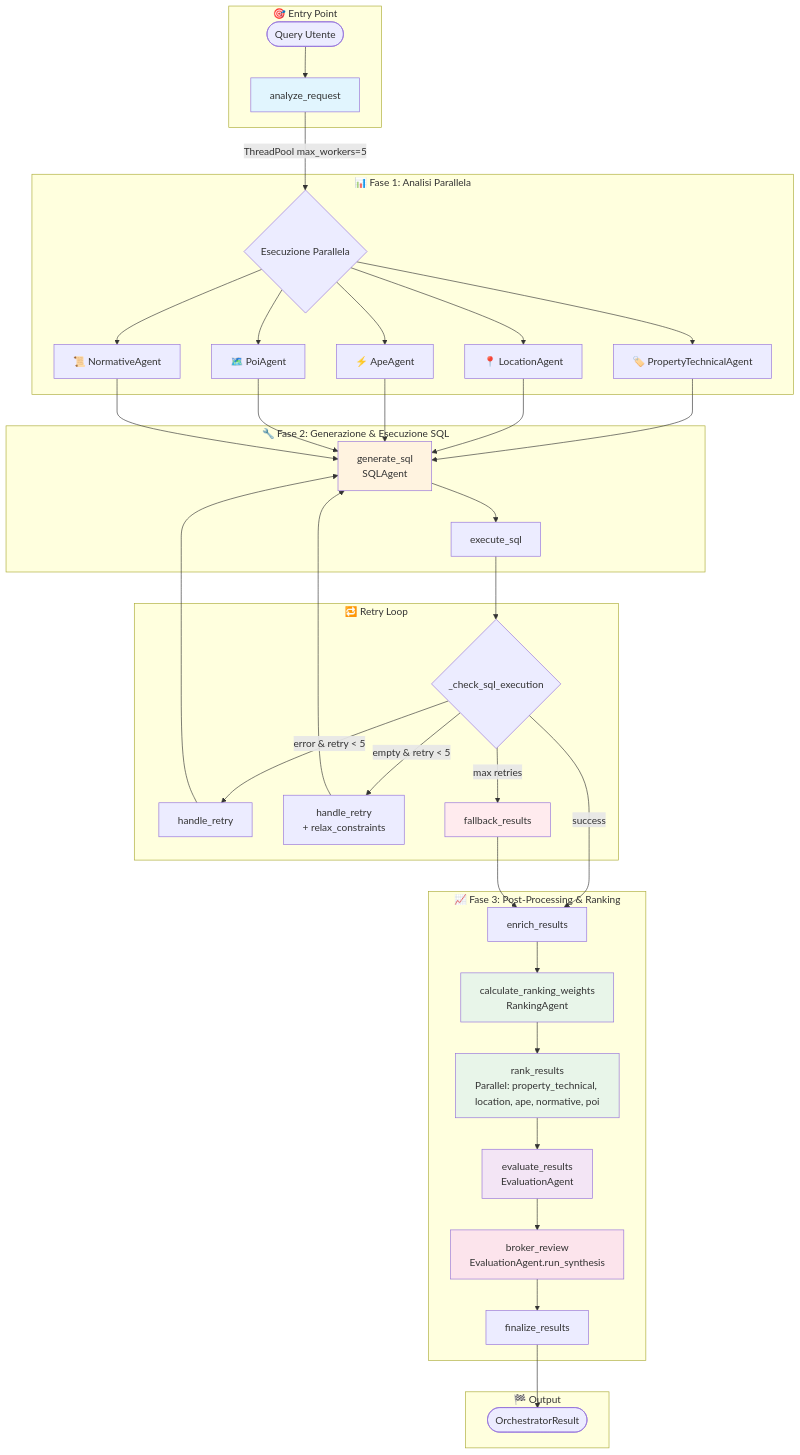
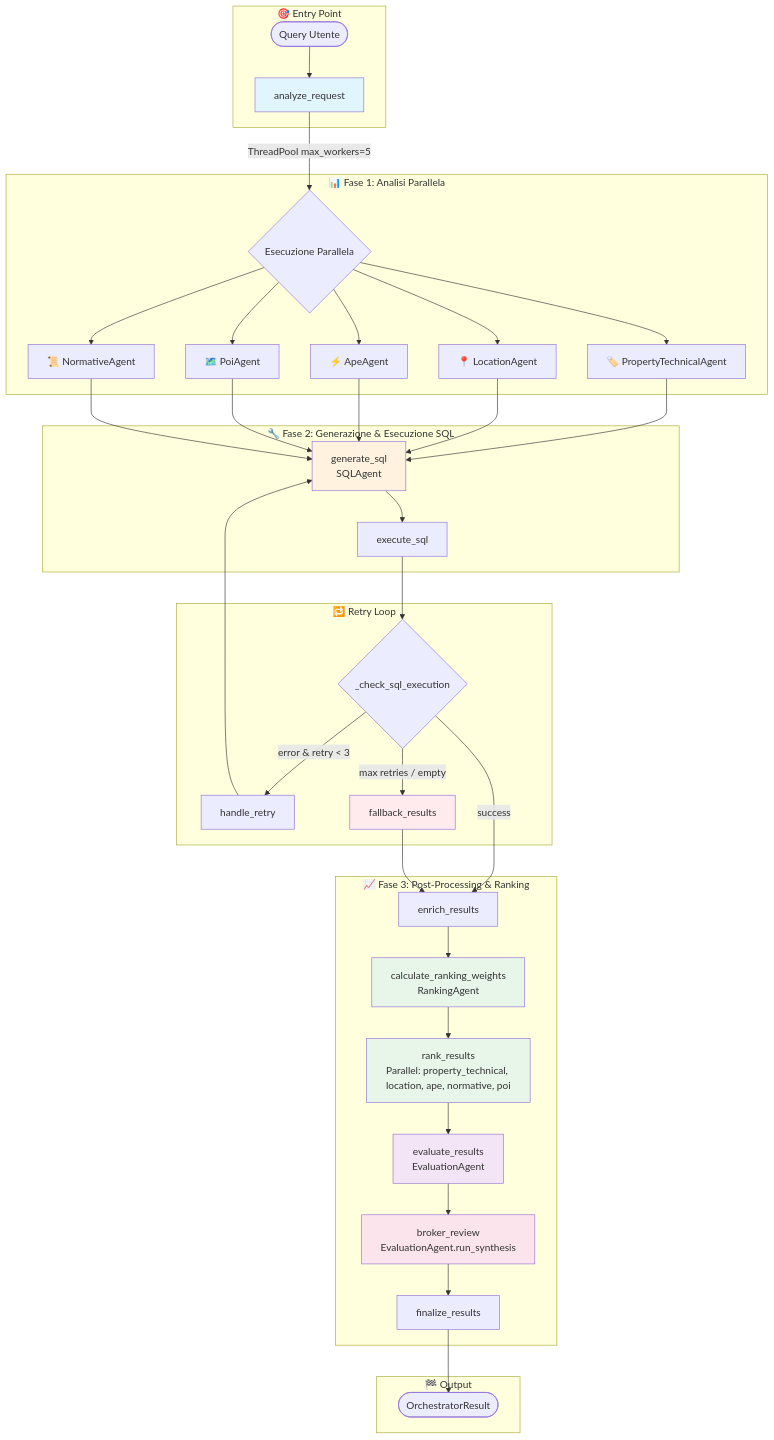
The first of 3 diagrams in docs/AGENT_ARCHITECTURE.md (dbdmg/murena), drawn with Mermaid before and after one commit. The commit also changed other lines of this file and 6 other files, not shown here.

Commit message:
refactor: remove smart constraint relaxation and simplify retry logic to focus on SQL error correction.

````diff
--- a/docs/AGENT_ARCHITECTURE.md
+++ b/docs/AGENT_ARCHITECTURE.md
@@ -25,55 +25,53 @@
 ```mermaid
 graph TD
     subgraph "🎯 Entry Point"
         START([Query Utente]) --> ANALYZE
     end
 
     subgraph "📊 Fase 1: Analisi Parallela"
         ANALYZE[analyze_request]
         ANALYZE --> |ThreadPool max_workers=5| PARALLEL{Esecuzione Parallela}
         
         PARALLEL --> PROP_TECH[🏷️ PropertyTechnicalAgent]
         PARALLEL --> LOCATION[📍 LocationAgent]
         PARALLEL --> APE[⚡ ApeAgent]
         PARALLEL --> POI[🗺️ PoiAgent]
         PARALLEL --> NORMATIVE[📜 NormativeAgent]
     end
 
     subgraph "🔧 Fase 2: Generazione & Esecuzione SQL"
         PROP_TECH & LOCATION & APE & POI & NORMATIVE --> SQL_GEN
         SQL_GEN[generate_sql<br/>SQLAgent]
         SQL_GEN --> SQL_EXEC[execute_sql]
     end
 
     subgraph "🔁 Retry Loop"
         SQL_EXEC --> CHECK{_check_sql_execution}
-        CHECK -->|error & retry < 5| RETRY[handle_retry]
-        CHECK -->|empty & retry < 5| RETRY_RELAX[handle_retry<br/>+ relax_constraints]
+        CHECK -->|error & retry < 3| RETRY[handle_retry]
         RETRY --> SQL_GEN
-        RETRY_RELAX --> SQL_GEN
-        CHECK -->|max retries| FALLBACK[fallback_results]
+        CHECK -->|max retries / empty| FALLBACK[fallback_results]
     end
 
     subgraph "📈 Fase 3: Post-Processing & Ranking"
         CHECK -->|success| ENRICH[enrich_results]
         FALLBACK --> ENRICH
         ENRICH --> CALC_WEIGHTS[calculate_ranking_weights<br/>RankingAgent]
         CALC_WEIGHTS --> RANK[rank_results<br/>Parallel Ranking]
         RANK[rank_results<br/>Parallel: property_technical, location, ape, normative, poi]
         RANK --> EVAL[evaluate_results<br/>EvaluationAgent]
         EVAL --> BROKER[broker_review<br/>EvaluationAgent.run_synthesis]
         BROKER --> FINAL[finalize_results]
     end
 
     subgraph "🏁 Output"
         FINAL --> OUTPUT([OrchestratorResult])
     end
 
     style ANALYZE fill:#e1f5fe
     style SQL_GEN fill:#fff3e0
     style CALC_WEIGHTS fill:#e8f5e9
     style RANK fill:#e8f5e9
     style EVAL fill:#f3e5f5
     style BROKER fill:#fce4ec
     style FALLBACK fill:#ffebee
 ```
````
